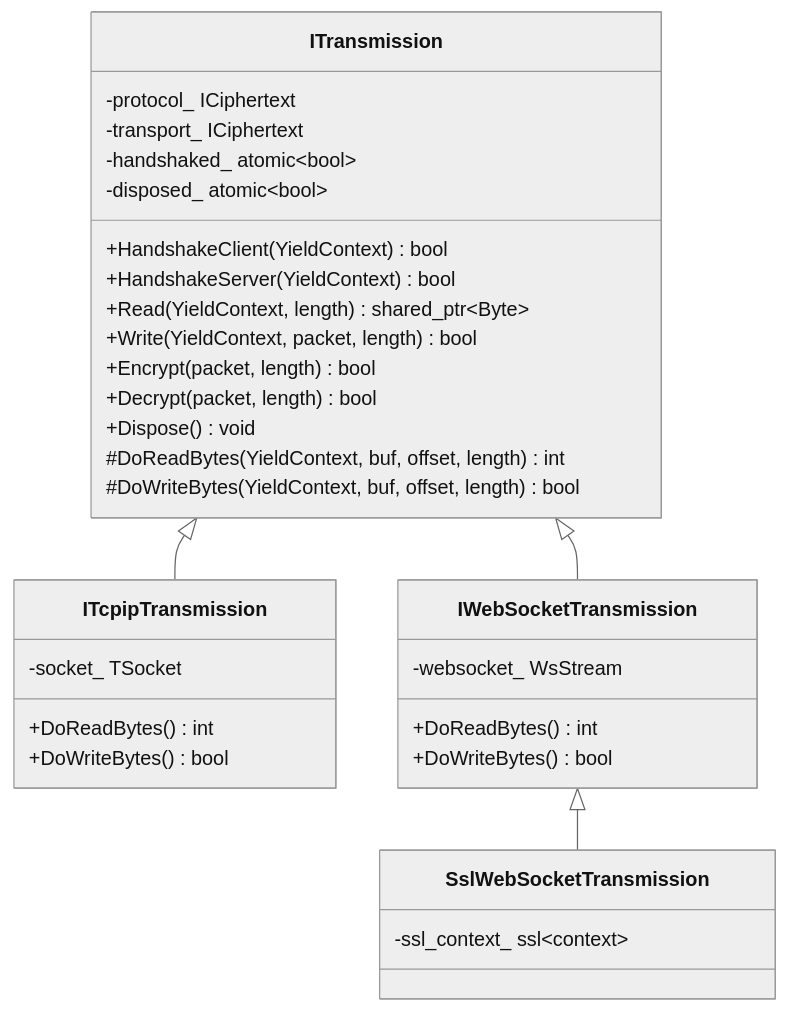
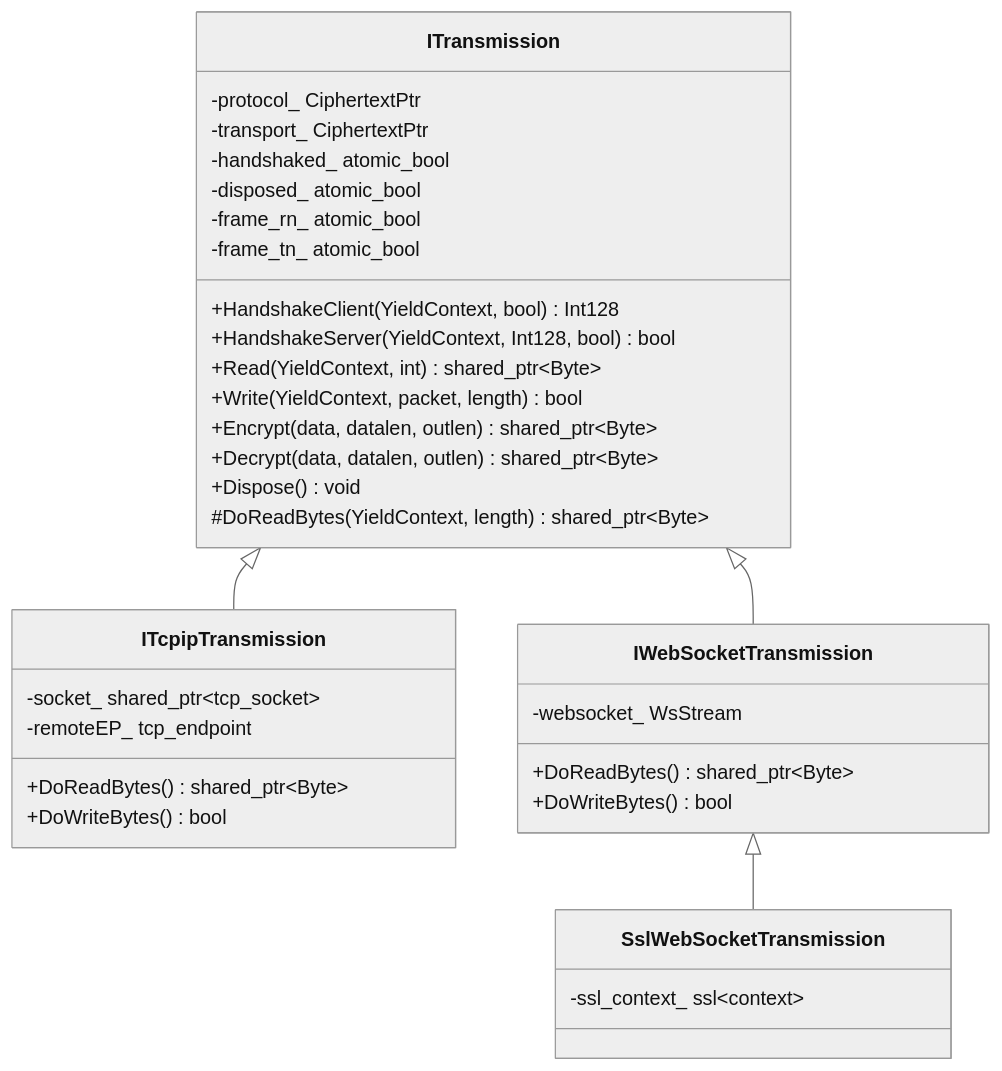
One commit to HyacinthHaru/openppp2 changed the second of 9 diagrams in docs/TRANSMISSION.md. Above: the diagram before and after it, drawn with Mermaid (neutral theme). The commit also changed other lines of this file and 80 other files, not shown here.

````diff
--- a/docs/TRANSMISSION.md
+++ b/docs/TRANSMISSION.md
@@ -55,34 +55,36 @@
 ```mermaid
 classDiagram
     class ITransmission {
-        +HandshakeClient(YieldContext) bool
-        +HandshakeServer(YieldContext) bool
-        +Read(YieldContext, length) shared_ptr~Byte~
+        +HandshakeClient(YieldContext, bool) Int128
+        +HandshakeServer(YieldContext, Int128, bool) bool
+        +Read(YieldContext, int) shared_ptr~Byte~
         +Write(YieldContext, packet, length) bool
-        +Encrypt(packet, length) bool
-        +Decrypt(packet, length) bool
+        +Encrypt(data, datalen, outlen) shared_ptr~Byte~
+        +Decrypt(data, datalen, outlen) shared_ptr~Byte~
         +Dispose() void
-        #DoReadBytes(YieldContext, buf, offset, length) int
-        #DoWriteBytes(YieldContext, buf, offset, length) bool
-        -protocol_  ICiphertext
-        -transport_ ICiphertext
-        -handshaked_ atomic~bool~
-        -disposed_  atomic~bool~
+        #DoReadBytes(YieldContext, length) shared_ptr~Byte~
+        -protocol_  CiphertextPtr
+        -transport_ CiphertextPtr
+        -handshaked_ atomic_bool
+        -disposed_  atomic_bool
+        -frame_rn_  atomic_bool
+        -frame_tn_  atomic_bool
     }
     class ITcpipTransmission {
-        -socket_ TSocket
-        +DoReadBytes() int
+        -socket_ shared_ptr~tcp_socket~
+        -remoteEP_ tcp_endpoint
+        +DoReadBytes() shared_ptr~Byte~
         +DoWriteBytes() bool
     }
     class IWebSocketTransmission {
         -websocket_ WsStream
-        +DoReadBytes() int
+        +DoReadBytes() shared_ptr~Byte~
         +DoWriteBytes() bool
     }
     class SslWebSocketTransmission {
         -ssl_context_ ssl~context~
     }
     ITransmission <|-- ITcpipTransmission
     ITransmission <|-- IWebSocketTransmission
     IWebSocketTransmission <|-- SslWebSocketTransmission
 ```
````
